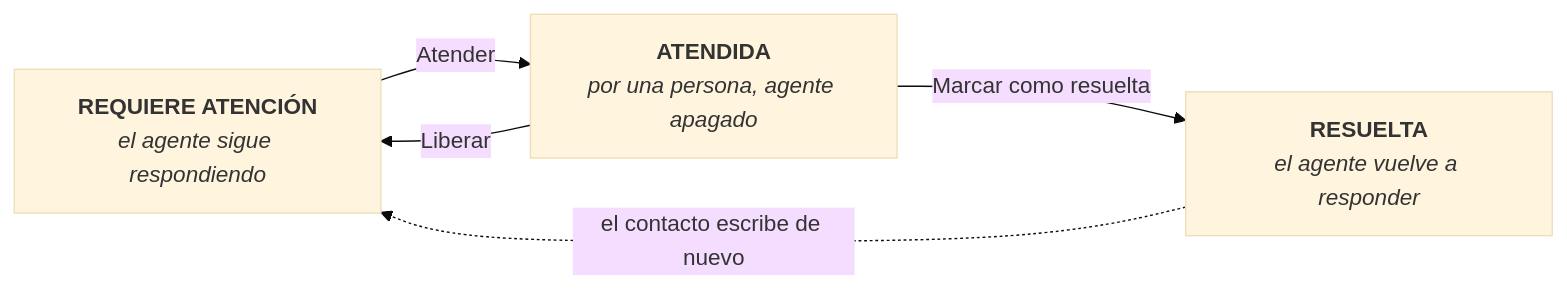
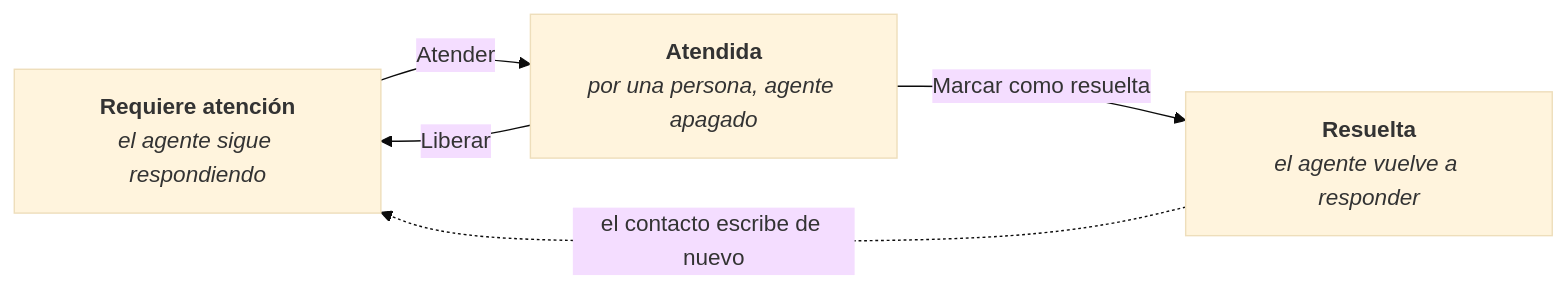
Before and after one commit to akui-solutions/consul-point-docs: the diagram in docs/conversaciones/canales-y-atencion-humana.md, drawn with Mermaid (base theme). The commit also changed other lines of this file and 60 other files, not shown here.

````diff
--- a/docs/conversaciones/canales-y-atencion-humana.md
+++ b/docs/conversaciones/canales-y-atencion-humana.md
@@ -38,7 +36,7 @@
 ```mermaid
 flowchart LR
-    A["<b>REQUIERE ATENCIÓN</b><br/><i>el agente sigue respondiendo</i>"] -->|Atender| B["<b>ATENDIDA</b><br/><i>por una persona, agente apagado</i>"]
+    A["<b>Requiere atención</b><br/><i>el agente sigue respondiendo</i>"] -->|Atender| B["<b>Atendida</b><br/><i>por una persona, agente apagado</i>"]
     B -->|Liberar| A
-    B -->|Marcar como resuelta| C["<b>RESUELTA</b><br/><i>el agente vuelve a responder</i>"]
+    B -->|Marcar como resuelta| C["<b>Resuelta</b><br/><i>el agente vuelve a responder</i>"]
     C -.->|el contacto escribe de nuevo| A
 ```
````
